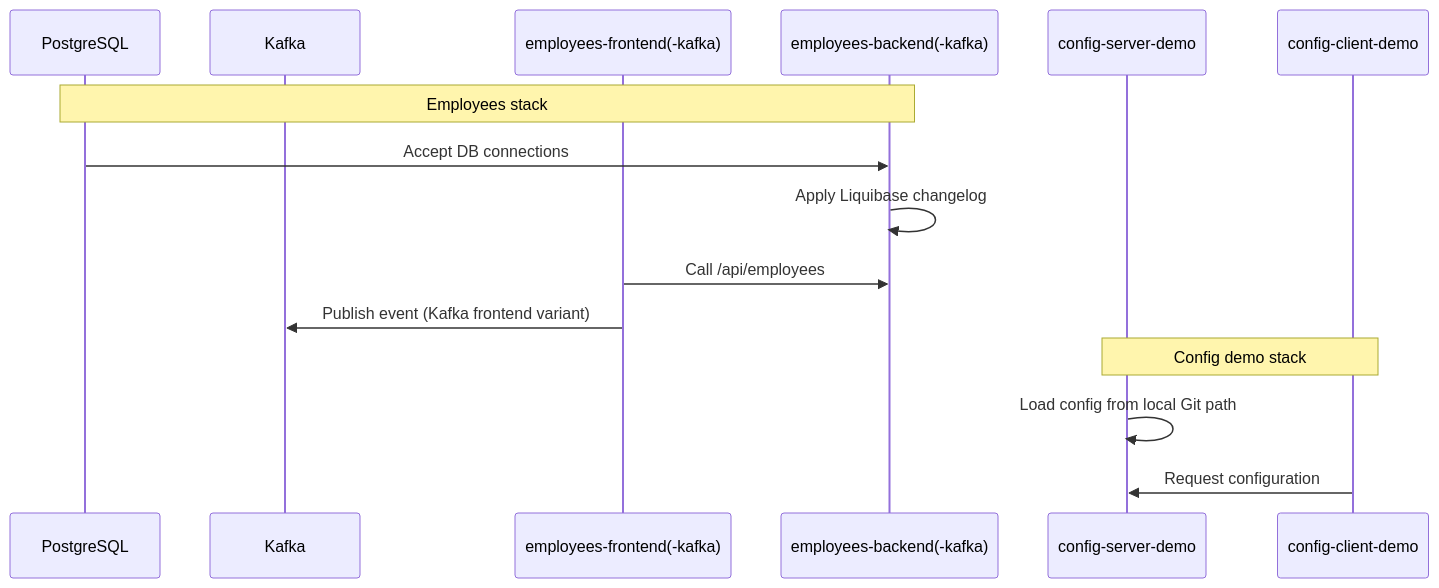
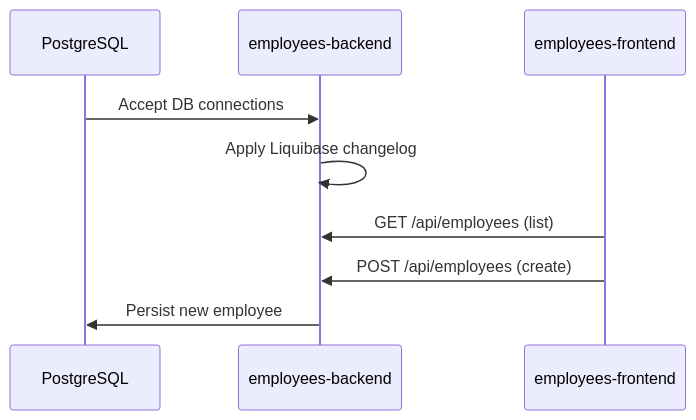
The fifth of 7 diagrams in README.md (CSonTi04/javax-sc-2026-05-06), drawn with Mermaid before and after one commit. The commit also changed other lines of this file, not shown here.

Commit message:
docs: update README to clarify employee app variants and enhance architecture diagrams

````diff
--- a/README.md
+++ b/README.md
@@ -144,19 +193,12 @@
 ```mermaid
 sequenceDiagram
     participant DB as PostgreSQL
-    participant K as Kafka
-    participant FE as employees-frontend(-kafka)
-    participant BE as employees-backend(-kafka)
-    participant CS as config-server-demo
-    participant CC as config-client-demo
+    participant BE as employees-backend
+    participant FE as employees-frontend
 
-    Note over DB,BE: Employees stack
     DB->>BE: Accept DB connections
     BE->>BE: Apply Liquibase changelog
-    FE->>BE: Call /api/employees
-    FE->>K: Publish event (Kafka frontend variant)
-
-    Note over CS,CC: Config demo stack
-    CS->>CS: Load config from local Git path
-    CC->>CS: Request configuration
+    FE->>BE: GET /api/employees (list)
+    FE->>BE: POST /api/employees (create)
+    BE->>DB: Persist new employee
 ```
````
